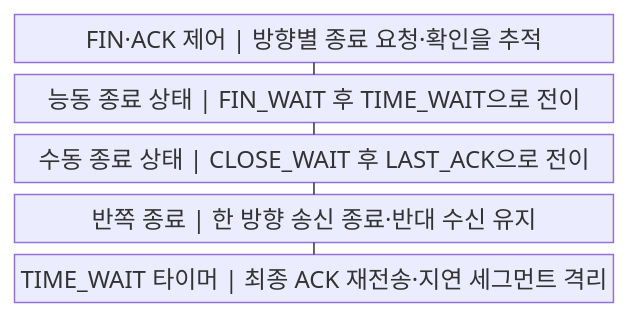
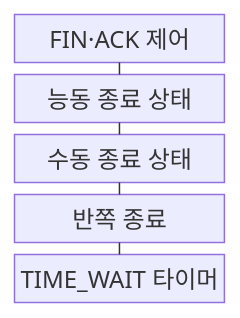
One commit to agnusdei1207/knowledge-base changed the first of 2 diagrams in src/content/docs/notes/04-network/023_tcp_4_way_handshake.md. Above: the diagram before and after it, drawn with Mermaid. The commit also changed other lines of this file and 122 other files, not shown here.

````diff
--- a/src/content/docs/notes/04-network/023_tcp_4_way_handshake.md
+++ b/src/content/docs/notes/04-network/023_tcp_4_way_handshake.md
@@ -60,13 +60,13 @@
 ```mermaid
-block
+block-beta
     columns 1
-    A["FIN·ACK 제어 | 방향별 종료 요청·확인을 추적"]
-    B["능동 종료 상태 | FIN_WAIT 후 TIME_WAIT으로 전이"]
-    C["수동 종료 상태 | CLOSE_WAIT 후 LAST_ACK으로 전이"]
-    D["반쪽 종료 | 한 방향 송신 종료·반대 수신 유지"]
-    E["TIME_WAIT 타이머 | 최종 ACK 재전송·지연 세그먼트 격리"]
+    A["FIN·ACK 제어"]
+    B["능동 종료 상태"]
+    C["수동 종료 상태"]
+    D["반쪽 종료"]
+    E["TIME_WAIT 타이머"]
     A --- B
     B --- C
     C --- D
     D --- E
 ```
````
